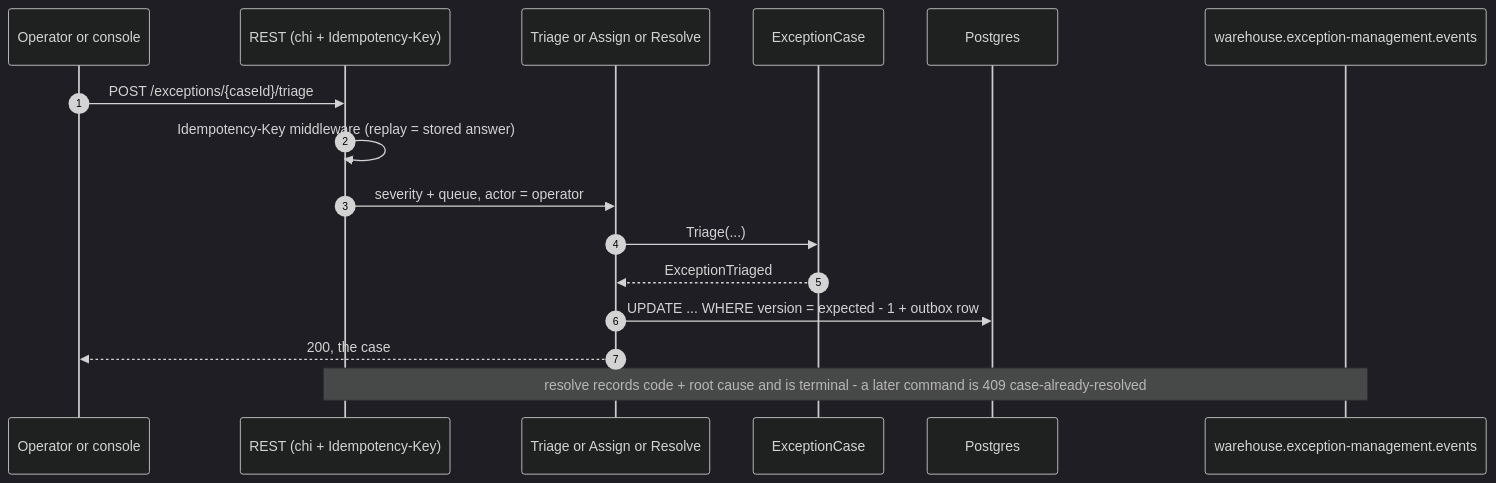
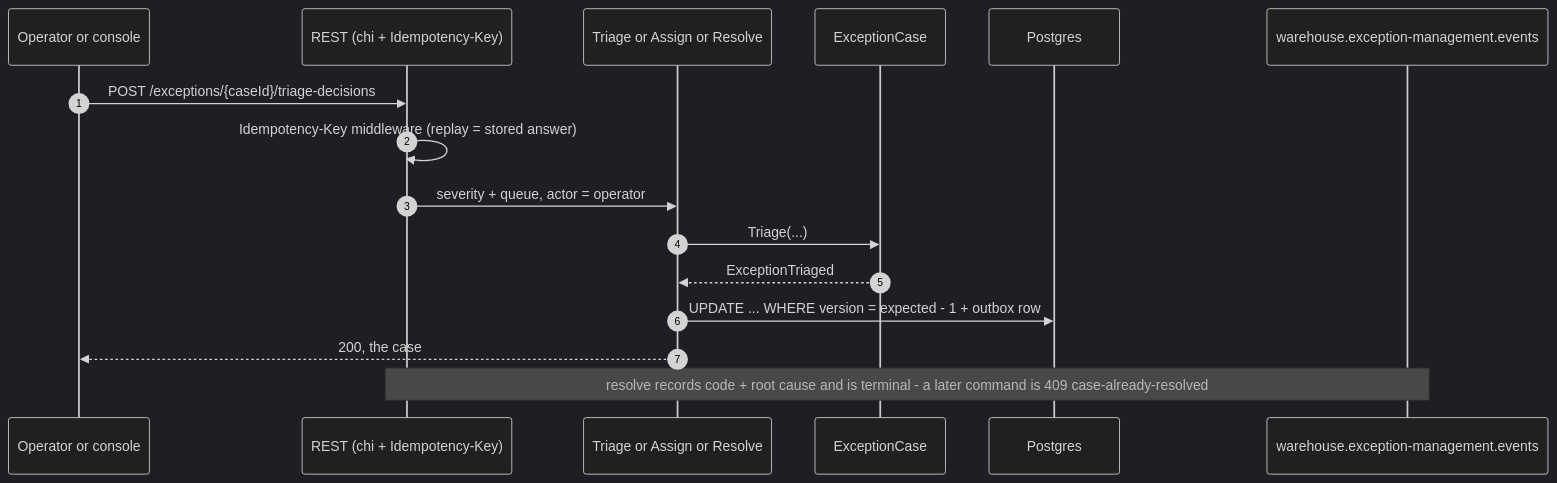
The second of 5 diagrams in docs/contexts/exception-management/sequence-diagrams.md (IQVO/warehouse-docs), drawn with Mermaid (dark theme) before and after one commit. The commit also changed 272 other files, not shown here.

````diff
--- a/docs/contexts/exception-management/sequence-diagrams.md
+++ b/docs/contexts/exception-management/sequence-diagrams.md
@@ -46,19 +46,19 @@
 ```mermaid
 sequenceDiagram
     autonumber
     participant O as Operator or console
     participant H as REST (chi + Idempotency-Key)
     participant UC as Triage or Assign or Resolve
     participant AG as ExceptionCase
     participant PG as Postgres
     participant T as warehouse.exception-management.events
 
-    O->>H: POST /exceptions/{caseId}/triage
+    O->>H: POST /exceptions/{caseId}/triage-decisions
     H->>H: Idempotency-Key middleware (replay = stored answer)
     H->>UC: severity + queue, actor = operator
     UC->>AG: Triage(...)
     AG-->>UC: ExceptionTriaged
     UC->>PG: UPDATE ... WHERE version = expected - 1 + outbox row
     UC-->>O: 200, the case
     Note over H,T: resolve records code + root cause and is terminal - a later command is 409 case-already-resolved
 ```
````
